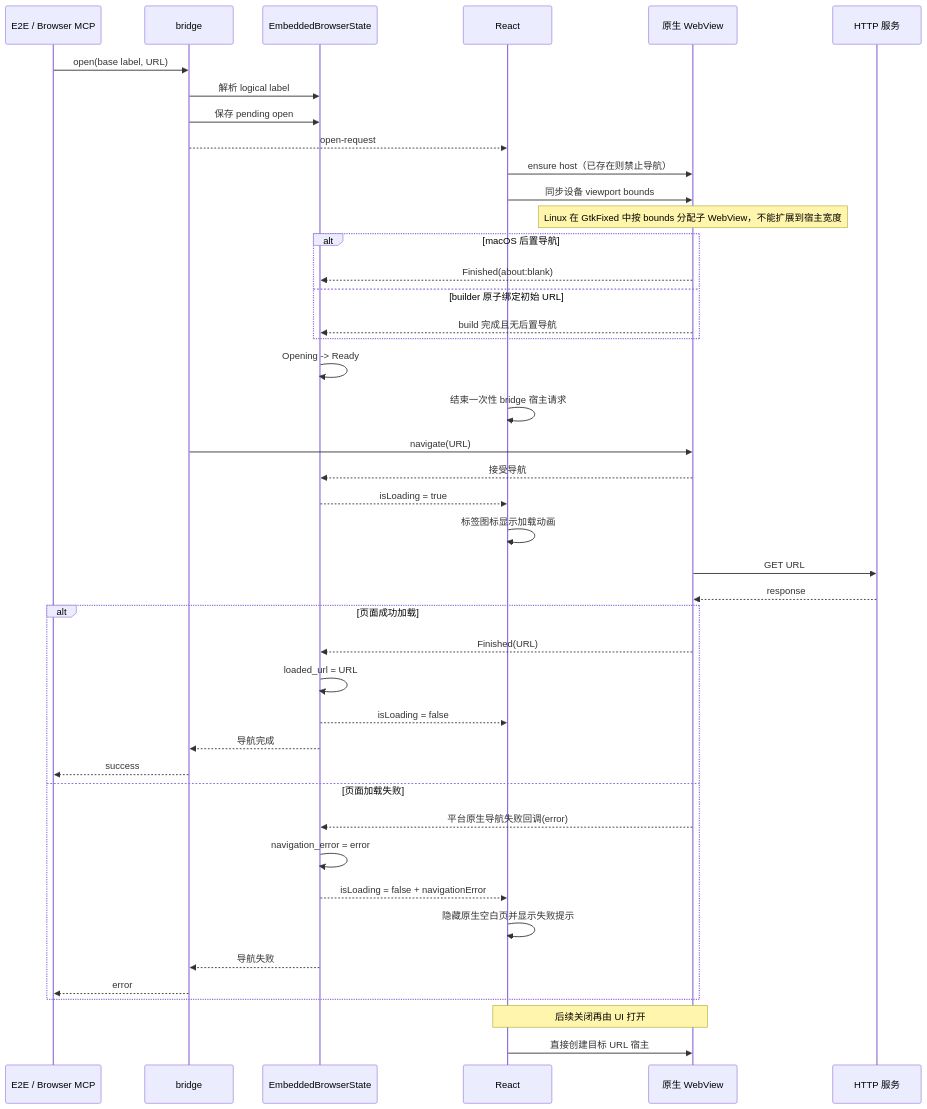
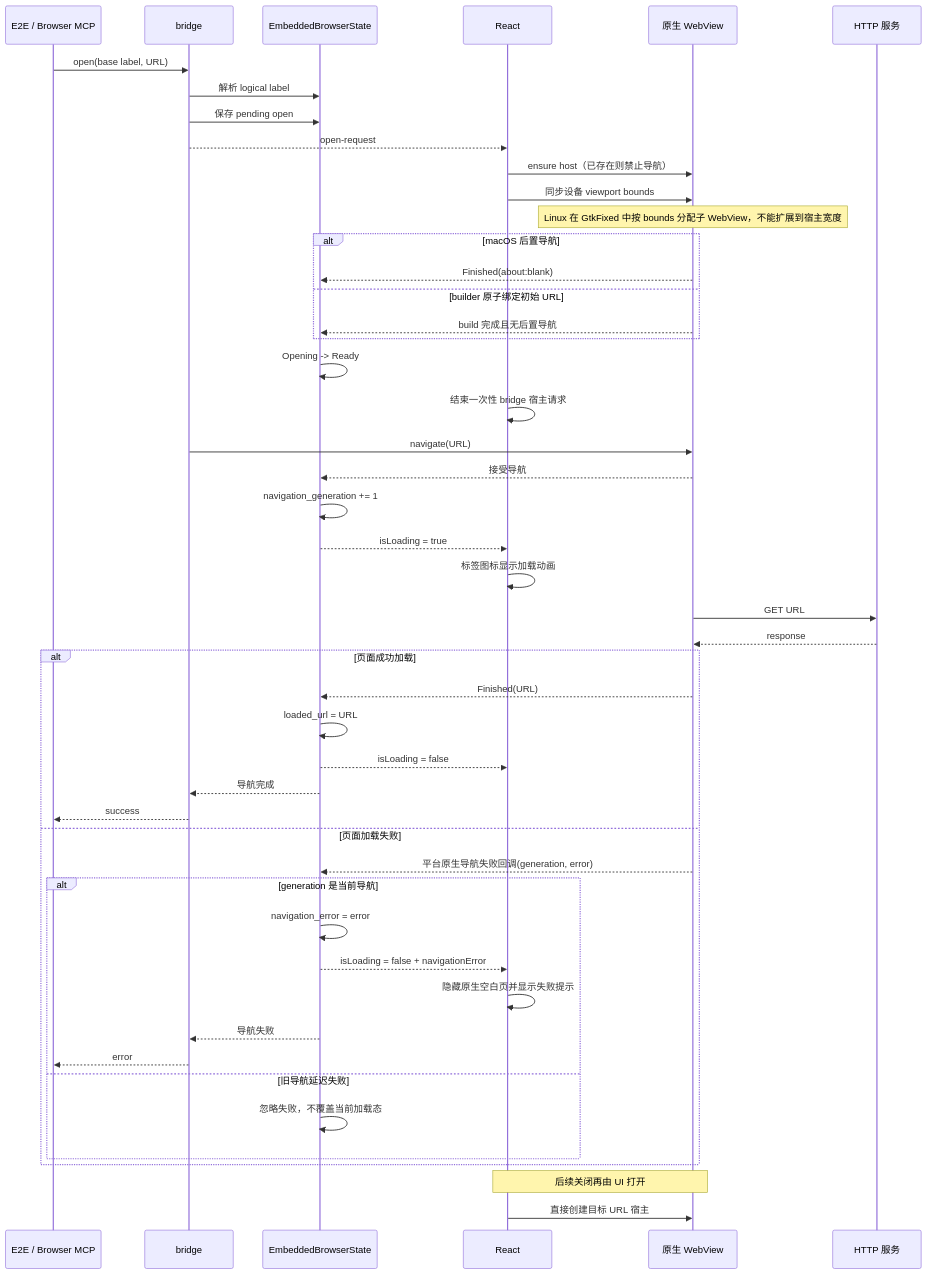
Before and after one commit to wecode-ai/Wegent: the second of 2 diagrams in docs/zh/architecture/embedded-browser.md, drawn with Mermaid. The commit also changed other lines of this file and 10 other files, not shown here.

````diff
--- a/docs/zh/architecture/embedded-browser.md
+++ b/docs/zh/architecture/embedded-browser.md
@@ -38,47 +38,52 @@
 ```mermaid
 sequenceDiagram
     participant C as E2E / Browser MCP
     participant B as bridge
     participant S as EmbeddedBrowserState
     participant R as React
     participant W as 原生 WebView
     participant H as HTTP 服务
 
     C->>B: open(base label, URL)
     B->>S: 解析 logical label
     B->>S: 保存 pending open
     B-->>R: open-request
     R->>W: ensure host（已存在则禁止导航）
     R->>W: 同步设备 viewport bounds
     Note over W: Linux 在 GtkFixed 中按 bounds 分配子 WebView，不能扩展到宿主宽度
     alt macOS 后置导航
         W-->>S: Finished(about:blank)
     else builder 原子绑定初始 URL
         W-->>S: build 完成且无后置导航
     end
     S->>S: Opening -> Ready
     R->>R: 结束一次性 bridge 宿主请求
     B->>W: navigate(URL)
     W-->>S: 接受导航
+    S->>S: navigation_generation += 1
     S-->>R: isLoading = true
     R->>R: 标签图标显示加载动画
     W->>H: GET URL
     H-->>W: response
     alt 页面成功加载
         W-->>S: Finished(URL)
         S->>S: loaded_url = URL
         S-->>R: isLoading = false
         S-->>B: 导航完成
         B-->>C: success
     else 页面加载失败
-        W-->>S: 平台原生导航失败回调(error)
-        S->>S: navigation_error = error
-        S-->>R: isLoading = false + navigationError
-        R->>R: 隐藏原生空白页并显示失败提示
-        S-->>B: 导航失败
-        B-->>C: error
+        W-->>S: 平台原生导航失败回调(generation, error)
+        alt generation 是当前导航
+            S->>S: navigation_error = error
+            S-->>R: isLoading = false + navigationError
+            R->>R: 隐藏原生空白页并显示失败提示
+            S-->>B: 导航失败
+            B-->>C: error
+        else 旧导航延迟失败
+            S->>S: 忽略失败，不覆盖当前加载态
+        end
     end
 
     Note over R,W: 后续关闭再由 UI 打开
     R->>W: 直接创建目标 URL 宿主
 ```
````
